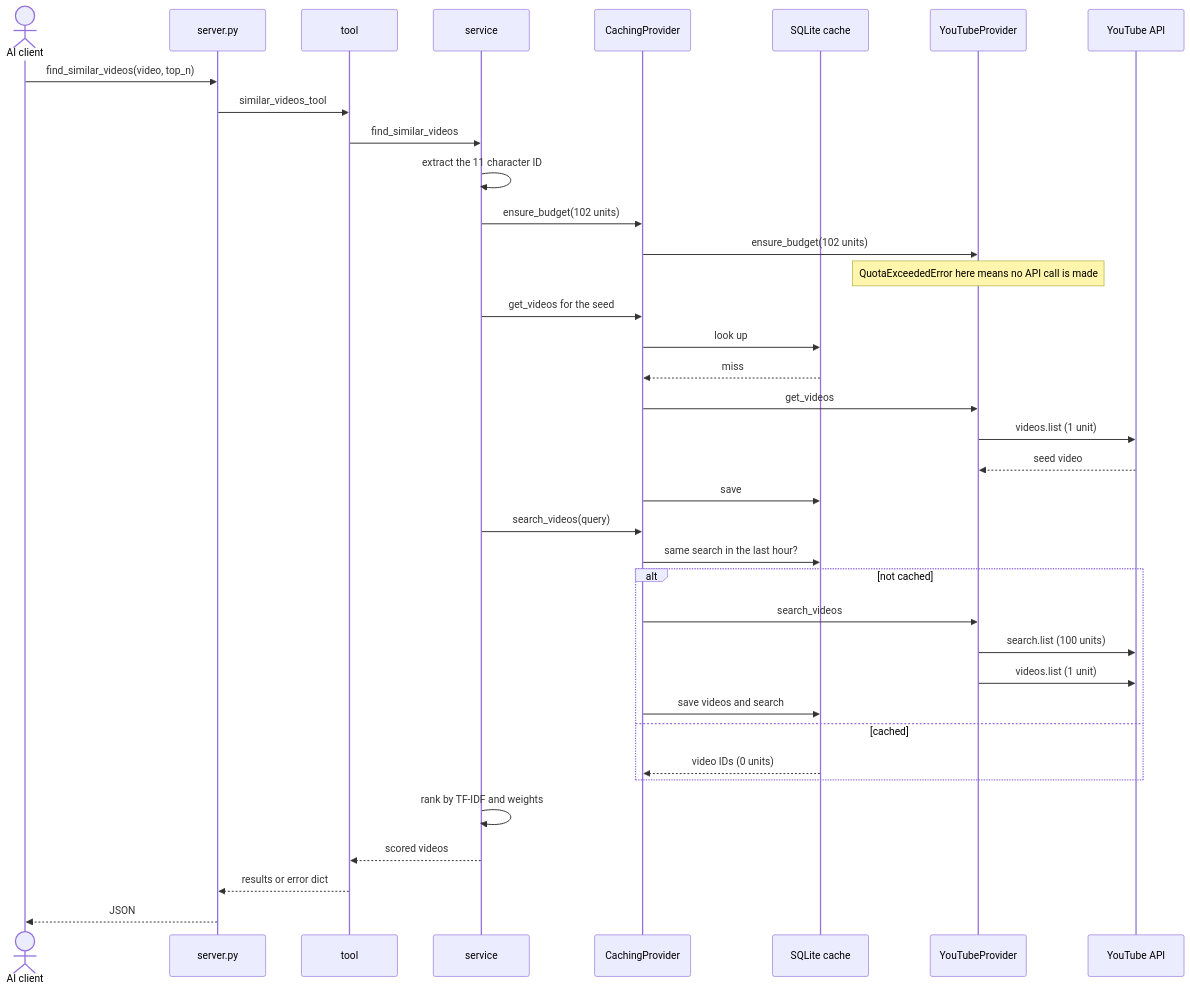
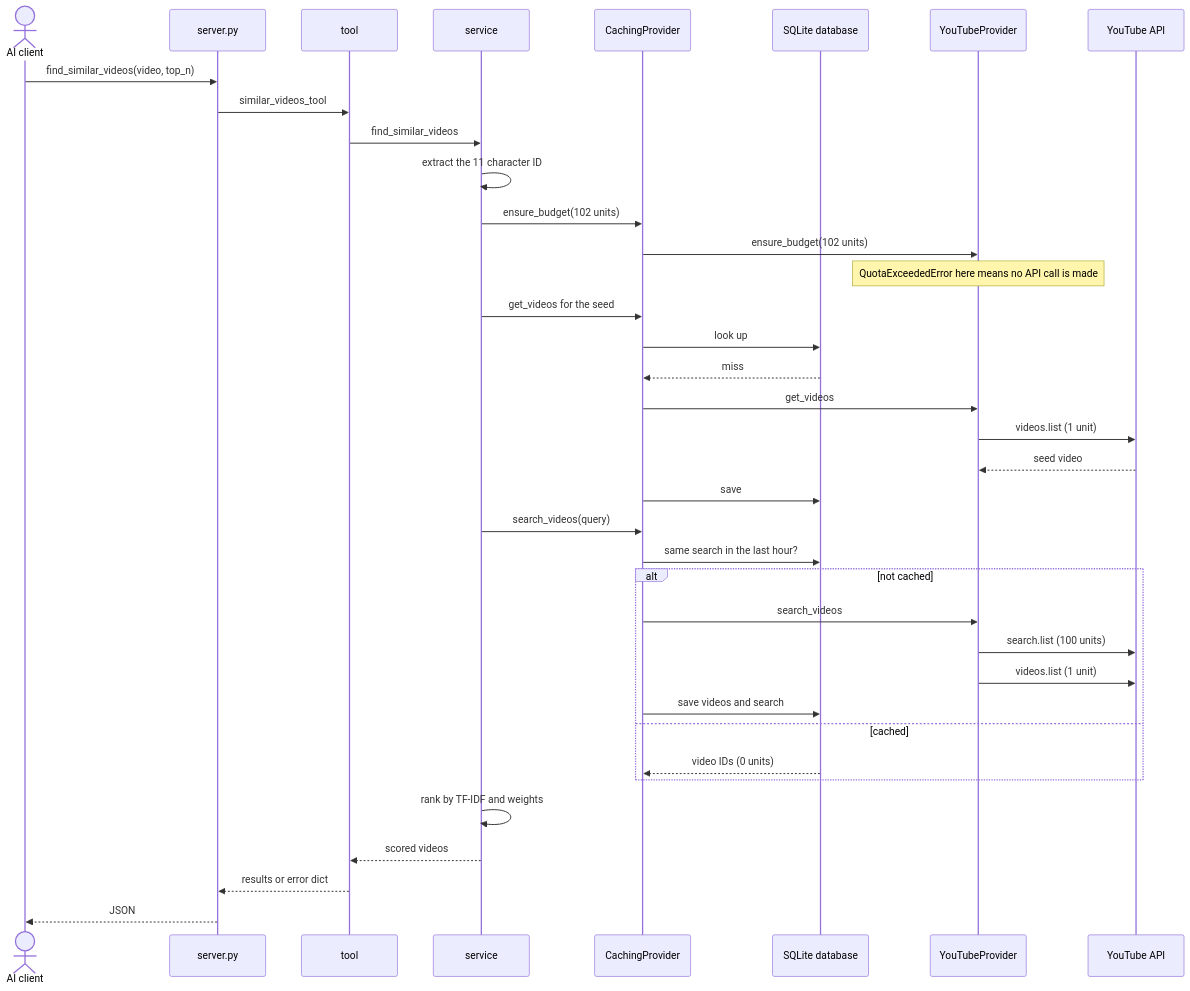
One commit to Chris-ops4573/Youtube_MCP_Server changed the first of 5 diagrams in docs/Areas/Design Sequences.md. Above: the diagram before and after it, drawn with Mermaid. The commit also changed 22 other files, not shown here.

Commit message:
refactor: rename cache.py to database.py

````diff
--- a/docs/Areas/Design Sequences.md
+++ b/docs/Areas/Design Sequences.md
@@ -9,39 +9,39 @@
 ```mermaid
 sequenceDiagram
   actor AI as AI client
   participant S as server.py
   participant T as tool
   participant V as service
   participant C as CachingProvider
-  participant DB as SQLite cache
+  participant DB as SQLite database
   participant Y as YouTubeProvider
   participant G as YouTube API
   AI->>S: find_similar_videos(video, top_n)
   S->>T: similar_videos_tool
   T->>V: find_similar_videos
   V->>V: extract the 11 character ID
   V->>C: ensure_budget(102 units)
   C->>Y: ensure_budget(102 units)
   Note over Y: QuotaExceededError here means no API call is made
   V->>C: get_videos for the seed
   C->>DB: look up
   DB-->>C: miss
   C->>Y: get_videos
   Y->>G: videos.list (1 unit)
   G-->>Y: seed video
   C->>DB: save
   V->>C: search_videos(query)
   C->>DB: same search in the last hour?
   alt not cached
     C->>Y: search_videos
     Y->>G: search.list (100 units)
     Y->>G: videos.list (1 unit)
     C->>DB: save videos and search
   else cached
     DB-->>C: video IDs (0 units)
   end
   V->>V: rank by TF-IDF and weights
   V-->>T: scored videos
   T-->>S: results or error dict
   S-->>AI: JSON
 ```
````
